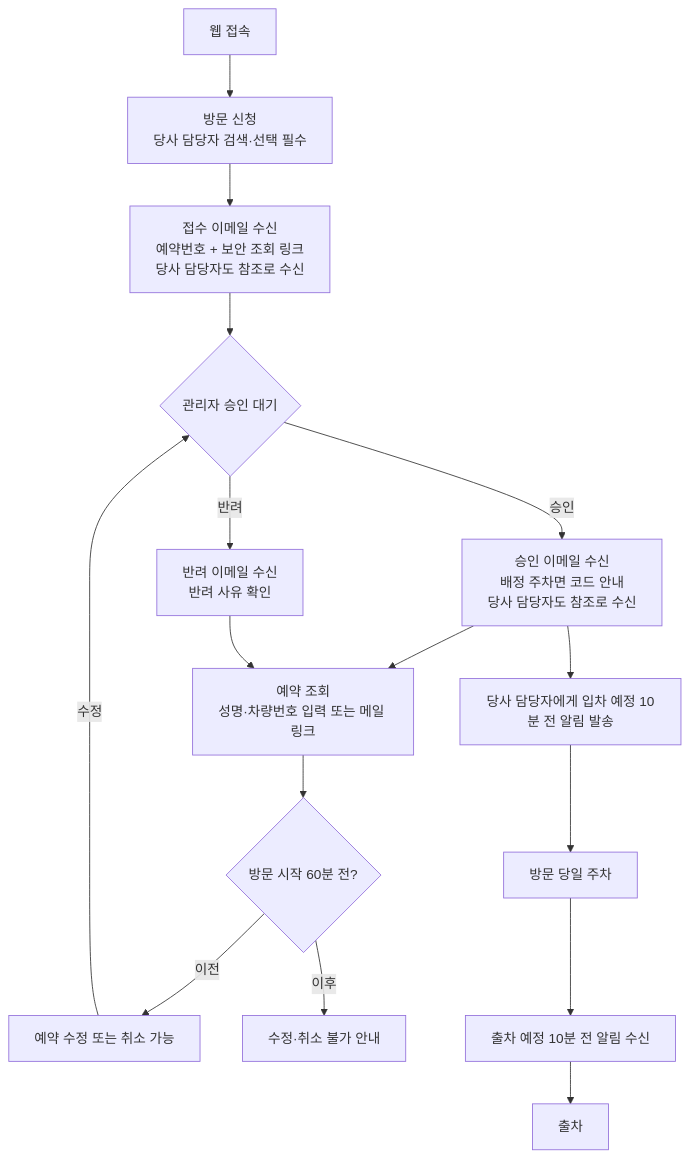
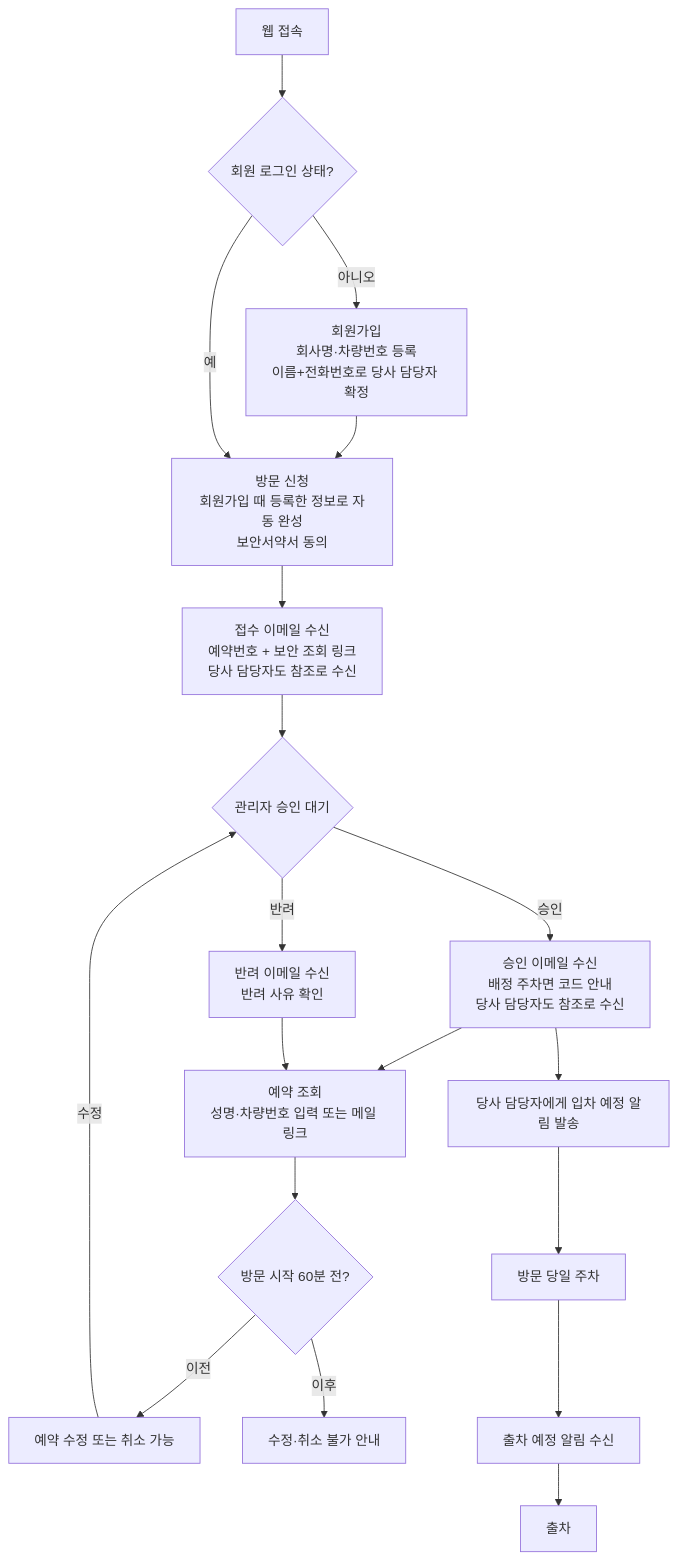
One commit to leejyeone/ParkingSystem changed the first of 6 diagrams in README.md. Above: the diagram before and after it, drawn with Mermaid. The commit also changed other lines of this file, not shown here.

````diff
--- a/README.md
+++ b/README.md
@@ -269,18 +293,21 @@
 ```mermaid
 flowchart TD
-    A[웹 접속] --> B[방문 신청<br/>당사 담당자 검색·선택 필수]
+    A[웹 접속] --> Z{회원 로그인 상태?}
+    Z -->|아니오| Z1[회원가입<br/>회사명·차량번호 등록<br/>이름+전화번호로 당사 담당자 확정]
+    Z1 --> B
+    Z -->|예| B[방문 신청<br/>회원가입 때 등록한 정보로 자동 완성<br/>보안서약서 동의]
     B --> C[접수 이메일 수신<br/>예약번호 + 보안 조회 링크<br/>당사 담당자도 참조로 수신]
     C --> D{관리자 승인 대기}
     D -->|승인| E[승인 이메일 수신<br/>배정 주차면 코드 안내<br/>당사 담당자도 참조로 수신]
     D -->|반려| F[반려 이메일 수신<br/>반려 사유 확인]
     E --> G[예약 조회<br/>성명·차량번호 입력 또는 메일 링크]
     F --> G
     G --> H{방문 시작 60분 전?}
     H -->|이전| I[예약 수정 또는 취소 가능]
     H -->|이후| J[수정·취소 불가 안내]
     I -->|수정| D
-    E --> K[당사 담당자에게 입차 예정 10분 전 알림 발송]
+    E --> K[당사 담당자에게 입차 예정 알림 발송]
     K --> L[방문 당일 주차]
-    L --> M[출차 예정 10분 전 알림 수신]
+    L --> M[출차 예정 알림 수신]
     M --> N[출차]
 ```
````
